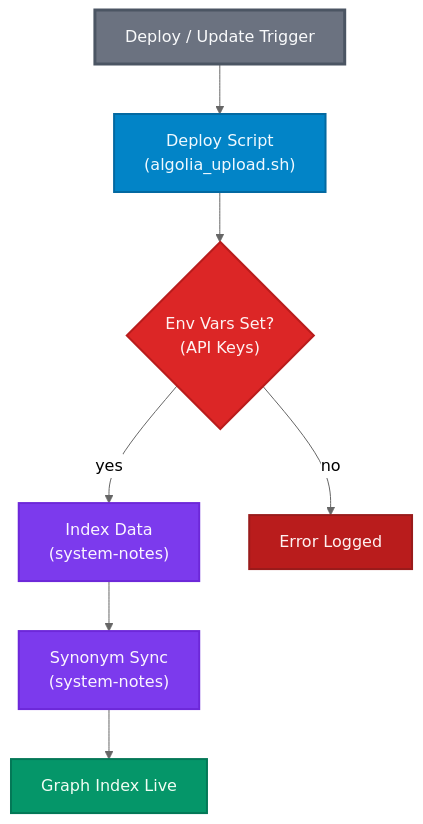
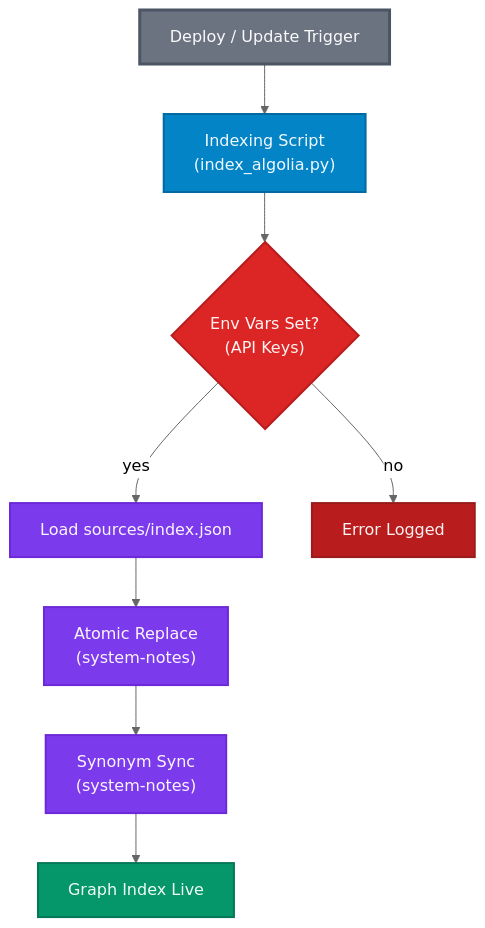
The diagram in apps/api/algolia/diagrams/upload-workflow.md (anchildress1/system-notes), drawn with Mermaid (neutral theme) before and after one commit. The commit also changed 21 other files, not shown here.

````diff
--- a/apps/api/algolia/diagrams/upload-workflow.md
+++ b/apps/api/algolia/diagrams/upload-workflow.md
@@ -6,36 +6,38 @@
 ```mermaid
 graph TD
     accTitle: Algolia Upload Workflow
     accDescr: The automated workflow using the Python indexing script
 
     Trigger["Deploy / Update Trigger"]:::trigger
 
     %% Script path
-    Script["Deploy Script<br/>(algolia_upload.sh)"]:::method
+    Script["Indexing Script<br/>(index_algolia.py)"]:::method
 
     %% Steps
     Validation{"Env Vars Set?<br/>(API Keys)"}:::decision
-    IndexSync["Index Data<br/>(system-notes)"]:::step
+    LoadData["Load sources/index.json"]:::step
+    IndexSync["Atomic Replace<br/>(system-notes)"]:::step
     SynonymSync["Synonym Sync<br/>(system-notes)"]:::step
 
     %% Outcomes
     Success["Graph Index Live"]:::success
     Fail["Error Logged"]:::fail
 
     %% Flow
     Trigger --> Script
     Script --> Validation
-    Validation -->|yes| IndexSync
+    Validation -->|yes| LoadData
     Validation -->|no| Fail
 
+    LoadData --> IndexSync
     IndexSync --> SynonymSync
     SynonymSync --> Success
 
     %% Styles
     classDef trigger fill:#6b7280,stroke:#4b5563,stroke-width:3px,color:#f9fafb
     classDef method fill:#0284c7,stroke:#0369a1,stroke-width:2px,color:#f0f9ff
     classDef decision fill:#dc2626,stroke:#b91c1c,stroke-width:2px,color:#fef2f2
     classDef step fill:#7c3aed,stroke:#6d28d9,stroke-width:2px,color:#faf5ff
     classDef success fill:#059669,stroke:#047857,stroke-width:2px,color:#f0fdf4
     classDef fail fill:#b91c1c,stroke:#991b1b,stroke-width:2px,color:#fef2f2
 ```
````
